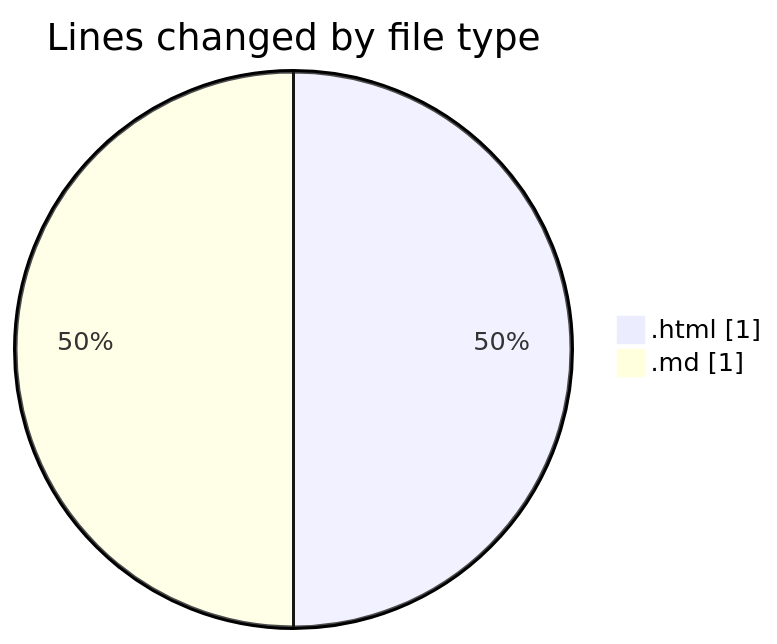
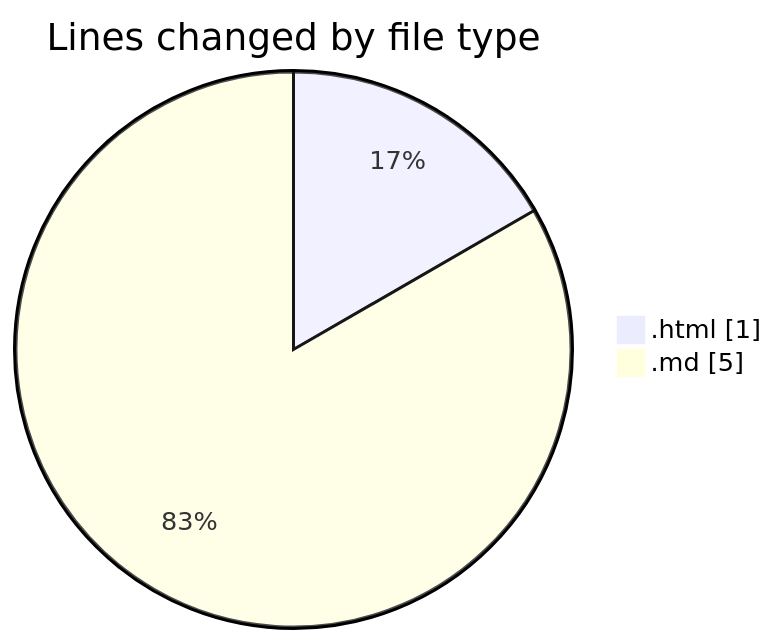
Before and after one commit to Ritupan-Deka/code-tracking: the first of 2 diagrams in 2025-07-08/urlwebwala_intership_work/README.md, drawn with Mermaid. The commit also changed other lines of this file and 1 other file, not shown here.

````diff
--- a/2025-07-08/urlwebwala_intership_work/README.md
+++ b/2025-07-08/urlwebwala_intership_work/README.md
@@ -21,6 +21,6 @@
 ```mermaid
 pie showData
 title Lines changed by file type
 ".html" : 1
-".md" : 1
+".md" : 5
 ```
````
